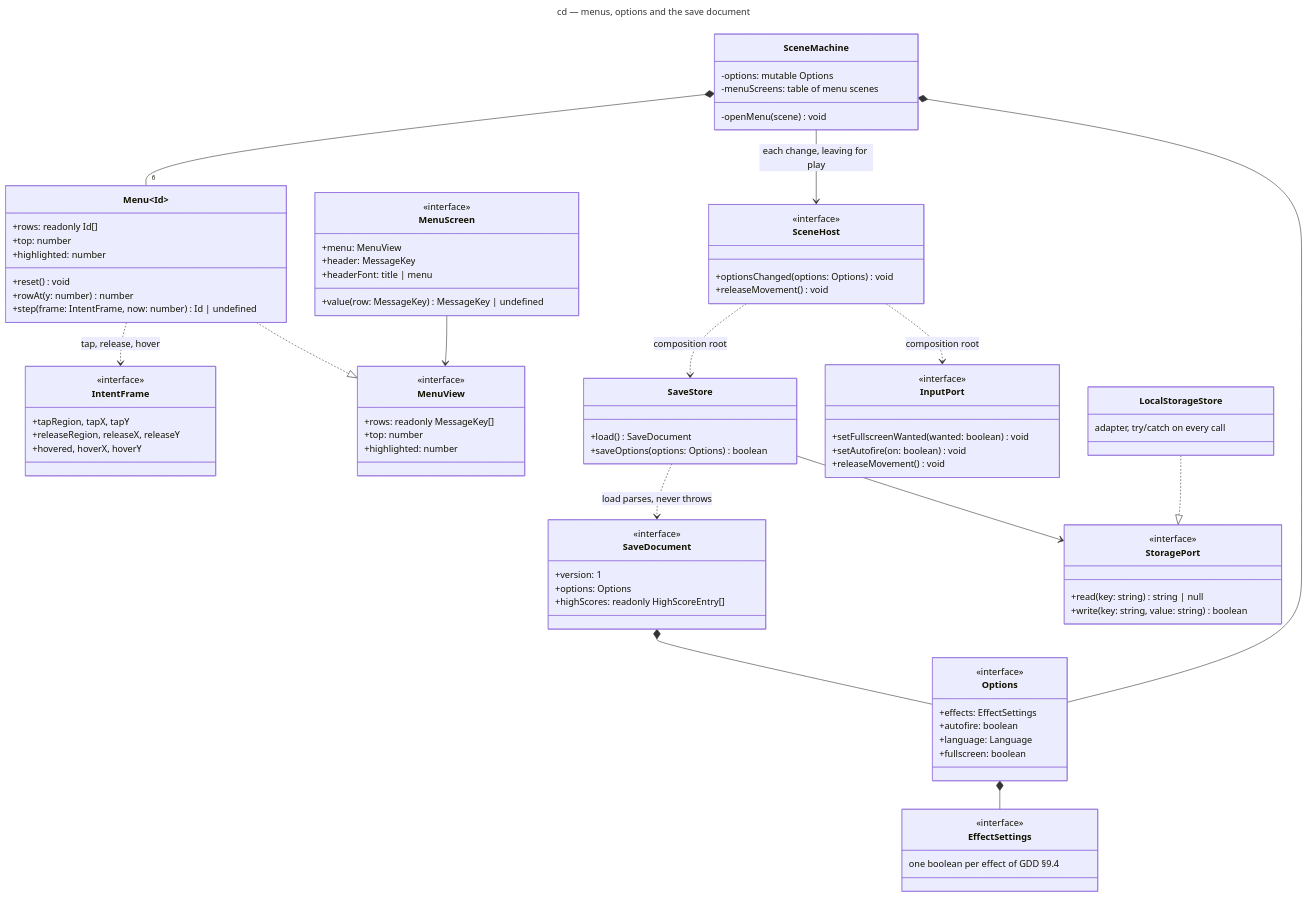
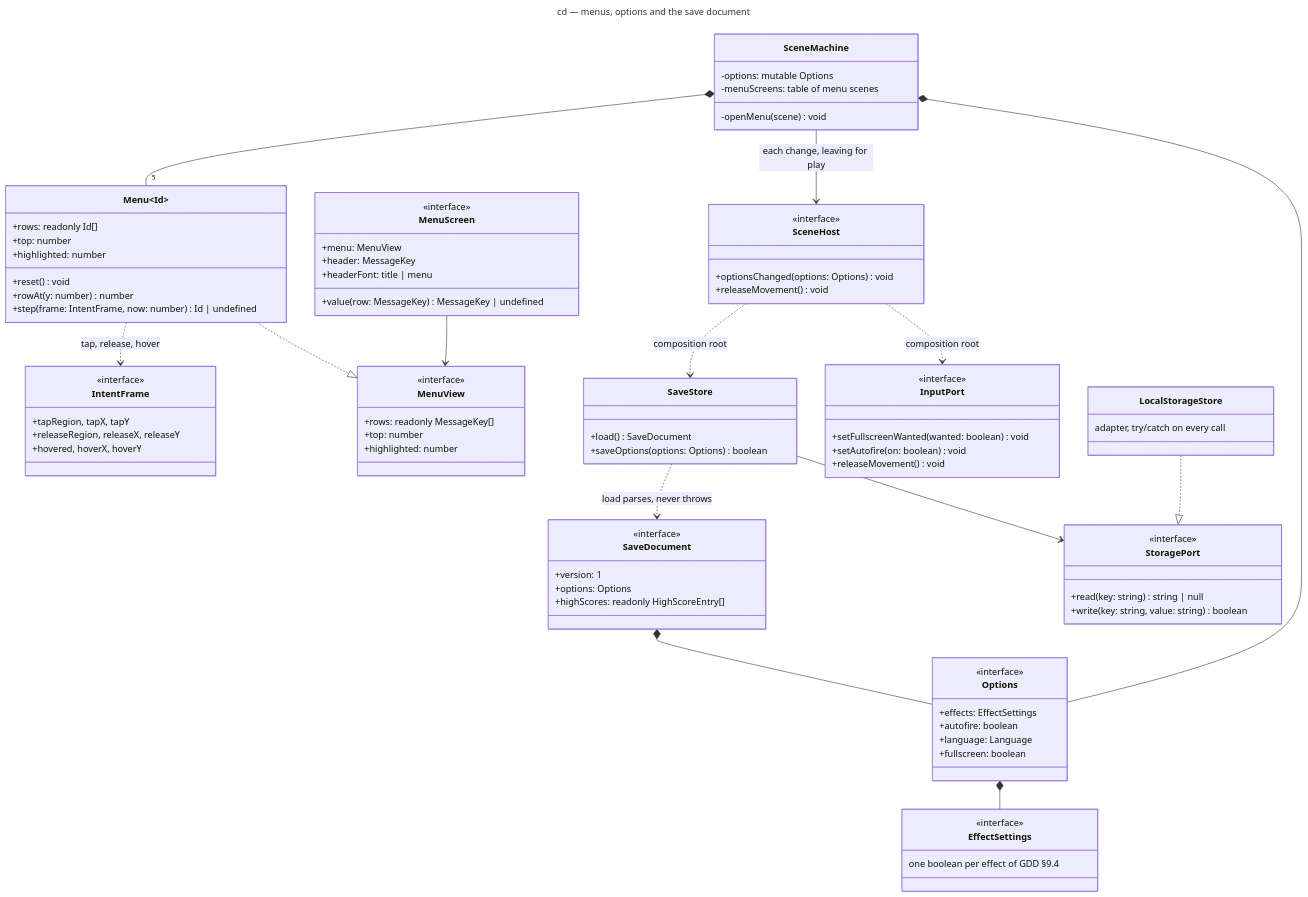
Before and after one commit to benoit-bremaud/retro-shmup: the diagram in docs/architecture/diagrams/meta/04-class-menus.md, drawn with Mermaid. The commit also changed other lines of this file and 4 other files, not shown here.

```diff
--- a/docs/architecture/diagrams/meta/04-class-menus.md
+++ b/docs/architecture/diagrams/meta/04-class-menus.md
@@ -94,7 +94,7 @@
     adapter, try/catch on every call
   }
 
-  SceneMachine *-- "6" Menu
+  SceneMachine *-- "5" Menu
   SceneMachine --> SceneHost : each change, leaving for play
   SceneMachine *-- Options
   Menu ..> IntentFrame : tap, release, hover
```
